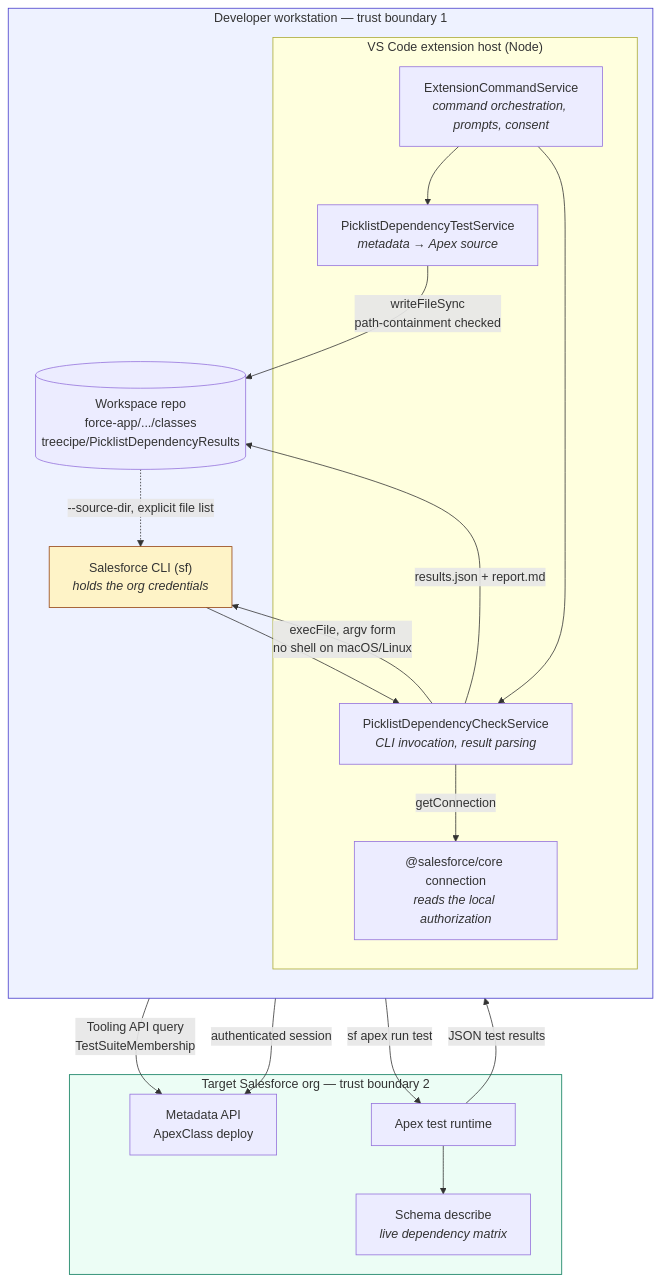
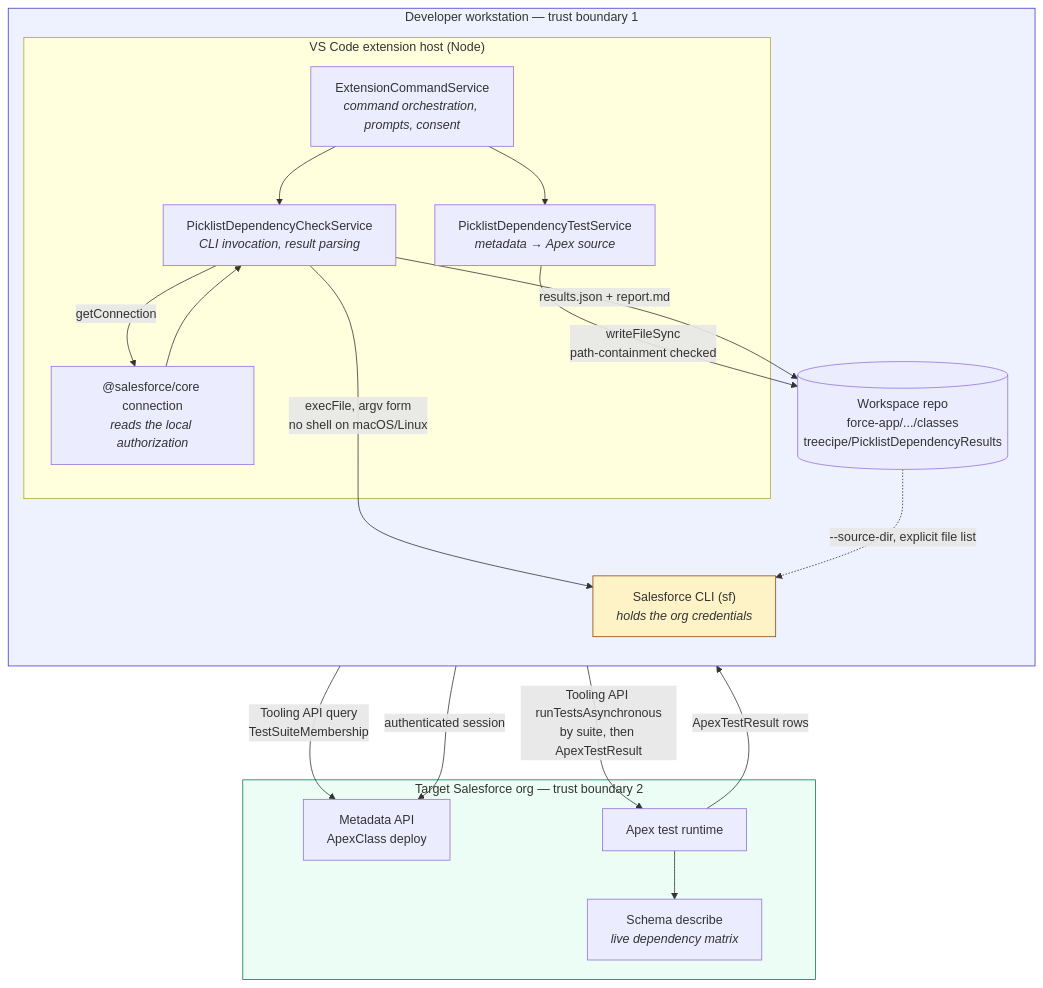
One commit to jdschleicher/Salesforce-Data-Treecipe changed the second of 17 diagrams in docs/PICKLIST-DEPENDENCY-TECHNICAL-DESIGN.md. Above: the diagram before and after it, drawn with Mermaid. The commit also changed other lines of this file and 10 other files, not shown here.

First line of the commit message:
v3.189.0 — Run Picklist Dependency Check runs the suite through the Tooling API, and Cancel aborts it in the org (#503) (#554)

````diff
--- a/docs/PICKLIST-DEPENDENCY-TECHNICAL-DESIGN.md
+++ b/docs/PICKLIST-DEPENDENCY-TECHNICAL-DESIGN.md
@@ -98,38 +98,38 @@
 ```mermaid
 flowchart TB
     subgraph LOCAL["Developer workstation — trust boundary 1"]
         direction TB
         subgraph EXT["VS Code extension host (Node)"]
             CMD["ExtensionCommandService<br/><i>command orchestration, prompts, consent</i>"]
             GEN["PicklistDependencyTestService<br/><i>metadata → Apex source</i>"]
             CHK["PicklistDependencyCheckService<br/><i>CLI invocation, result parsing</i>"]
             CORE["@salesforce/core connection<br/><i>reads the local authorization</i>"]
         end
         DISK[("Workspace repo<br/>force-app/.../classes<br/>treecipe/PicklistDependencyResults")]
         CLI["Salesforce CLI (sf)<br/><i>holds the org credentials</i>"]
     end
 
     subgraph ORG["Target Salesforce org — trust boundary 2"]
         DEPLOY["Metadata API<br/>ApexClass deploy"]
         TEST["Apex test runtime"]
         DESC["Schema describe<br/><i>live dependency matrix</i>"]
     end
 
     CMD --> GEN
     CMD --> CHK
     GEN -->|"writeFileSync<br/>path-containment checked"| DISK
     CHK -->|"execFile, argv form<br/>no shell on macOS/Linux"| CLI
     CHK -->|"getConnection"| CORE
     CORE -->|"Tooling API query<br/>TestSuiteMembership"| DEPLOY
     DISK -.->|"--source-dir, explicit file list"| CLI
     CLI -->|"authenticated session"| DEPLOY
-    CLI -->|"sf apex run test"| TEST
+    CORE -->|"Tooling API runTestsAsynchronous<br/>by suite, then ApexTestResult"| TEST
     TEST --> DESC
-    TEST -->|"JSON test results"| CLI
-    CLI --> CHK
+    TEST -->|"ApexTestResult rows"| CORE
+    CORE --> CHK
     CHK -->|"results.json + report.md"| DISK
 
     style LOCAL fill:#eef2ff,stroke:#4338ca
     style ORG fill:#ecfdf5,stroke:#047857
     style CLI fill:#fef3c7,stroke:#92400e
 ```
````
